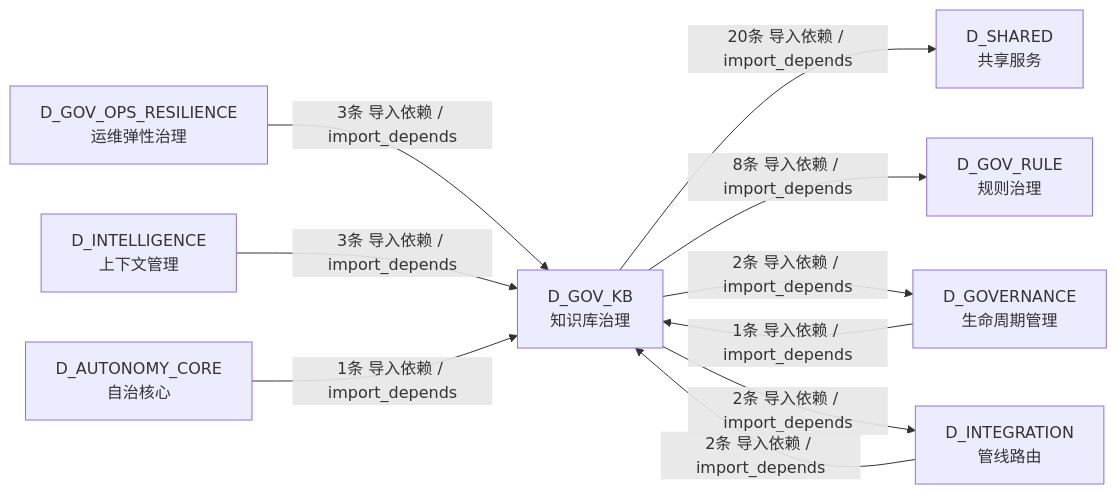
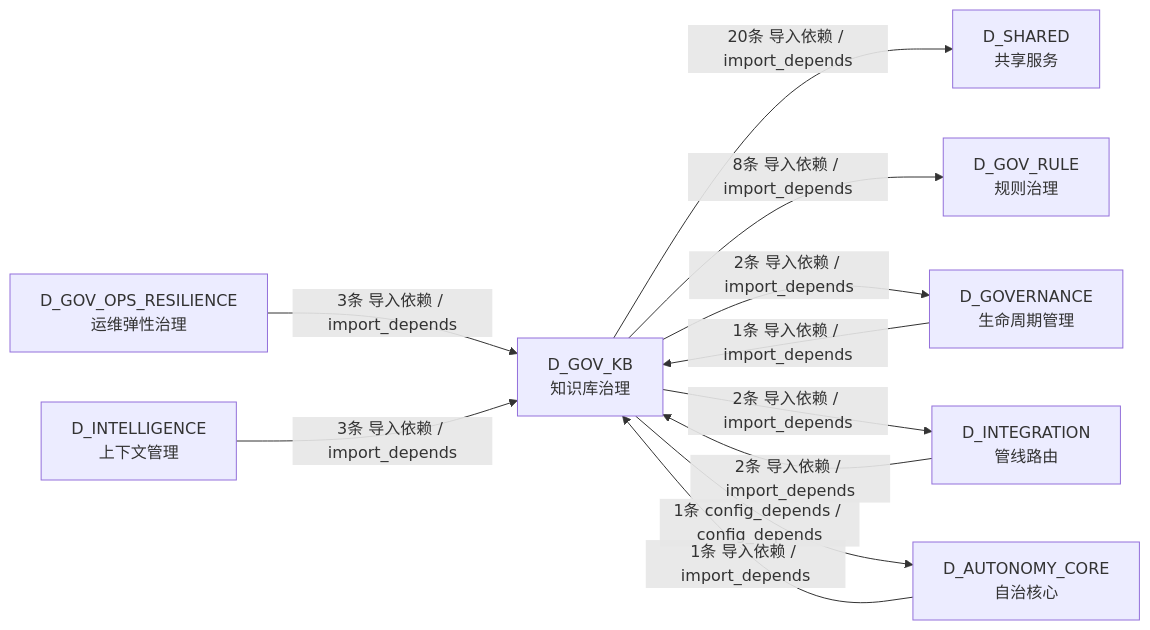
Before and after one commit to xuanFelixVan/ZephyrAlpha: the fifth of 5 diagrams in docs/02_enterprise_architecture/02_domain_architecture_docs/43_d_gov_kb.md, drawn with Mermaid. The commit also changed other lines of this file and 103 other files, not shown here.

````diff
--- a/docs/02_enterprise_architecture/02_domain_architecture_docs/43_d_gov_kb.md
+++ b/docs/02_enterprise_architecture/02_domain_architecture_docs/43_d_gov_kb.md
@@ -379,20 +381,21 @@
 ```mermaid
 graph LR
     D_GOV_KB["D_GOV_KB<br/>知识库治理"]
     D_SHARED["D_SHARED<br/>共享服务"]
     D_GOV_RULE["D_GOV_RULE<br/>规则治理"]
     D_GOVERNANCE["D_GOVERNANCE<br/>生命周期管理"]
     D_INTEGRATION["D_INTEGRATION<br/>管线路由"]
+    D_AUTONOMY_CORE["D_AUTONOMY_CORE<br/>自治核心"]
     D_GOV_OPS_RESILIENCE["D_GOV_OPS_RESILIENCE<br/>运维弹性治理"]
     D_INTELLIGENCE["D_INTELLIGENCE<br/>上下文管理"]
-    D_AUTONOMY_CORE["D_AUTONOMY_CORE<br/>自治核心"]
     D_GOV_KB -->|20条 导入依赖 / import_depends| D_SHARED
     D_GOV_KB -->|8条 导入依赖 / import_depends| D_GOV_RULE
     D_GOV_KB -->|2条 导入依赖 / import_depends| D_GOVERNANCE
     D_GOV_KB -->|2条 导入依赖 / import_depends| D_INTEGRATION
+    D_GOV_KB -->|1条 config_depends / config_depends| D_AUTONOMY_CORE
     D_GOV_OPS_RESILIENCE -->|3条 导入依赖 / import_depends| D_GOV_KB
     D_INTELLIGENCE -->|3条 导入依赖 / import_depends| D_GOV_KB
     D_INTEGRATION -->|2条 导入依赖 / import_depends| D_GOV_KB
     D_AUTONOMY_CORE -->|1条 导入依赖 / import_depends| D_GOV_KB
     D_GOVERNANCE -->|1条 导入依赖 / import_depends| D_GOV_KB
 ```
````
